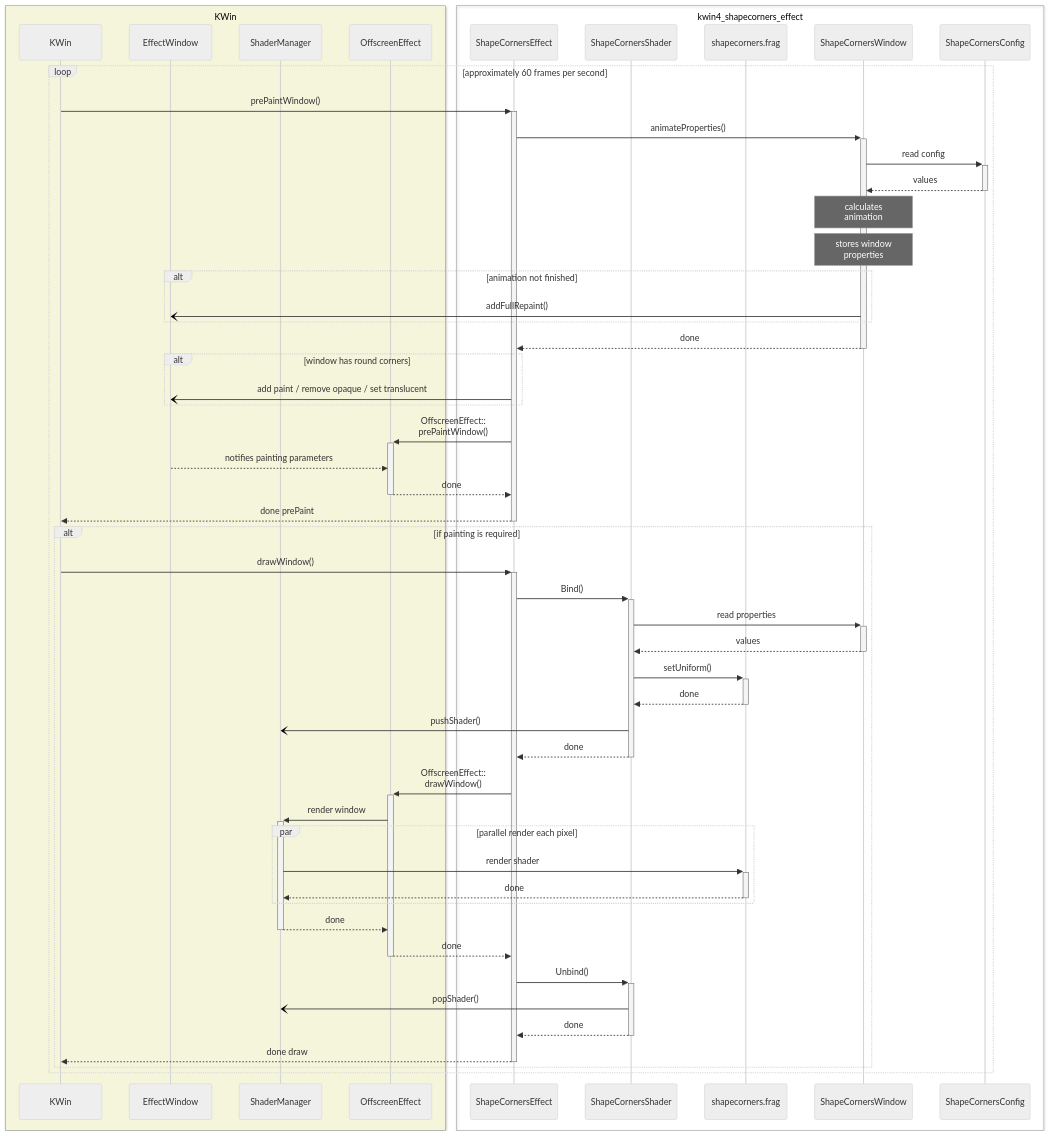
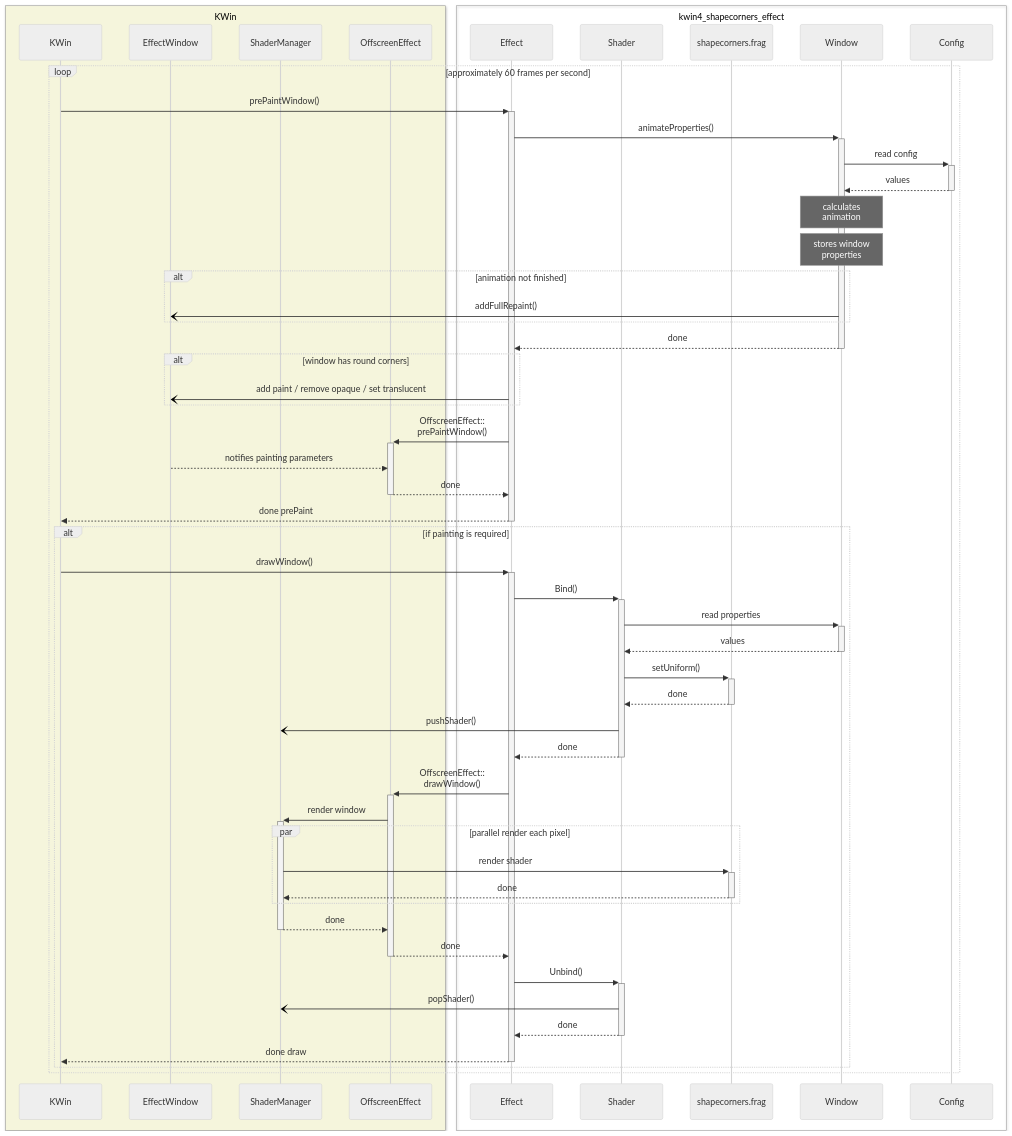
Before and after one commit to matinlotfali/KDE-Rounded-Corners: the diagram in SequenceDiagram.md, drawn with Mermaid (neutral theme). The commit also changed 25 other files, not shown here.

Commit message:
Use namespace ShapeCorners instead of prefix (#228)

````diff
--- a/SequenceDiagram.md
+++ b/SequenceDiagram.md
@@ -3,59 +3,59 @@
 ```mermaid
 sequenceDiagram
     Box beige KWin
         participant KWin
         participant EffectWindow
         participant ShaderManager
         participant OffscreenEffect
     end
     Box kwin4_shapecorners_effect
-        participant ShapeCornersEffect
-        participant ShapeCornersShader
+        participant Effect
+        participant Shader
         participant shapecorners.frag
-        participant ShapeCornersWindow
-        participant ShapeCornersConfig
+        participant Window
+        participant Config
     end
 
     loop approximately 60 frames per second
-        KWin->>+ShapeCornersEffect: prePaintWindow()
-        ShapeCornersEffect->>+ShapeCornersWindow: animateProperties()
-        ShapeCornersWindow->>+ShapeCornersConfig: read config
-        ShapeCornersConfig-->>-ShapeCornersWindow: values
-        Note over ShapeCornersWindow: calculates<br>animation
-        Note over ShapeCornersWindow: stores window<br>properties
+        KWin->>+Effect: prePaintWindow()
+        Effect->>+Window: animateProperties()
+        Window->>+Config: read config
+        Config-->>-Window: values
+        Note over Window: calculates<br>animation
+        Note over Window: stores window<br>properties
         alt animation not finished
-            ShapeCornersWindow-)EffectWindow: addFullRepaint()
+            Window-)EffectWindow: addFullRepaint()
         end
-        ShapeCornersWindow-->>-ShapeCornersEffect: done
+        Window-->>-Effect: done
         alt window has round corners
-            ShapeCornersEffect-)EffectWindow: add paint / remove opaque / set translucent
+            Effect-)EffectWindow: add paint / remove opaque / set translucent
         end
-        ShapeCornersEffect->>+OffscreenEffect: OffscreenEffect::<br>prePaintWindow()
+        Effect->>+OffscreenEffect: OffscreenEffect::<br>prePaintWindow()
         EffectWindow-->>OffscreenEffect: notifies painting parameters 
-        OffscreenEffect-->>-ShapeCornersEffect: done
-        ShapeCornersEffect-->>-KWin: done prePaint
+        OffscreenEffect-->>-Effect: done
+        Effect-->>-KWin: done prePaint
         
         alt if painting is required
-            KWin->>+ShapeCornersEffect: drawWindow()
-            ShapeCornersEffect->>+ShapeCornersShader: Bind()
-            ShapeCornersShader->>+ShapeCornersWindow: read properties
-            ShapeCornersWindow-->>-ShapeCornersShader: values
-            ShapeCornersShader->>+shapecorners.frag: setUniform()
-            shapecorners.frag-->>-ShapeCornersShader: done
-            ShapeCornersShader-)ShaderManager: pushShader()
-            ShapeCornersShader-->>-ShapeCornersEffect: done
-            ShapeCornersEffect->>+OffscreenEffect: OffscreenEffect::<br>drawWindow()
+            KWin->>+Effect: drawWindow()
+            Effect->>+Shader: Bind()
+            Shader->>+Window: read properties
+            Window-->>-Shader: values
+            Shader->>+shapecorners.frag: setUniform()
+            shapecorners.frag-->>-Shader: done
+            Shader-)ShaderManager: pushShader()
+            Shader-->>-Effect: done
+            Effect->>+OffscreenEffect: OffscreenEffect::<br>drawWindow()
             OffscreenEffect->>+ShaderManager: render window
             par parallel render each pixel
                 ShaderManager->>+shapecorners.frag: render shader
                 shapecorners.frag-->>-ShaderManager: done
             end
             ShaderManager-->>-OffscreenEffect: done
-            OffscreenEffect-->>-ShapeCornersEffect: done
-            ShapeCornersEffect->>+ShapeCornersShader: Unbind()
-            ShapeCornersShader-)ShaderManager: popShader()
-            ShapeCornersShader-->>-ShapeCornersEffect: done
-            ShapeCornersEffect-->>-KWin: done draw
+            OffscreenEffect-->>-Effect: done
+            Effect->>+Shader: Unbind()
+            Shader-)ShaderManager: popShader()
+            Shader-->>-Effect: done
+            Effect-->>-KWin: done draw
         end
     end
 ```
````
